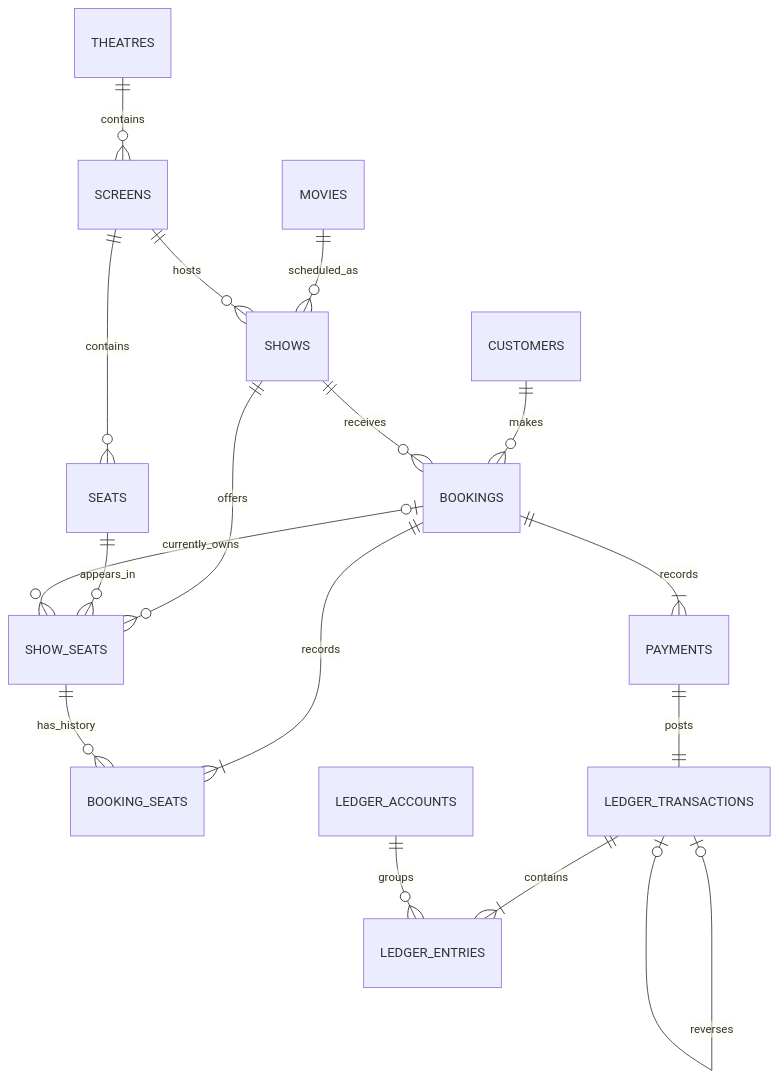
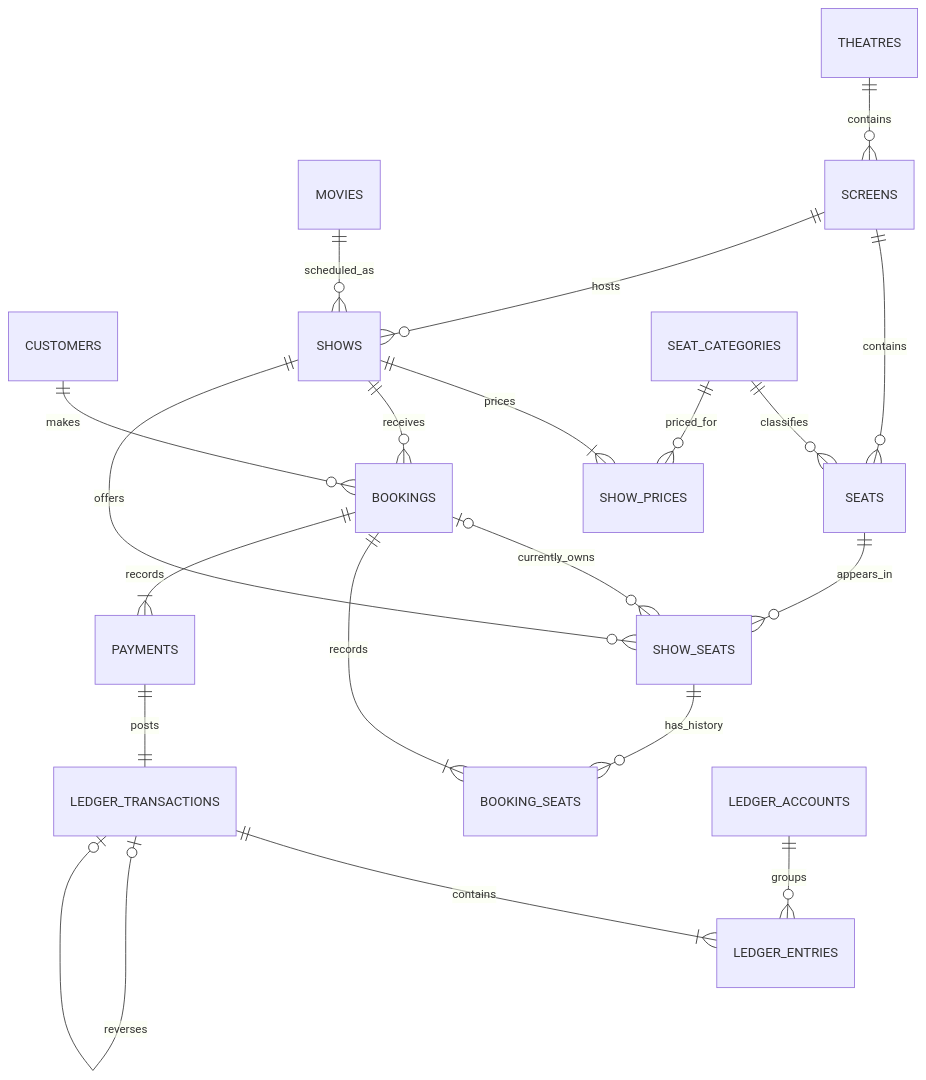
One commit to barkingbeast/screenhouse-dbms changed the diagram in docs/ERD.md. Above: the diagram before and after it, drawn with Mermaid. The commit also changed other lines of this file and 18 other files, not shown here.

Commit message:
Add movie screen and show administration with seat category pricing

````diff
--- a/docs/ERD.md
+++ b/docs/ERD.md
@@ -3,19 +3,22 @@
 ```mermaid
 erDiagram
   CUSTOMERS ||--o{ BOOKINGS : makes
   MOVIES ||--o{ SHOWS : scheduled_as
   THEATRES ||--o{ SCREENS : contains
   SCREENS ||--o{ SEATS : contains
+  SEAT_CATEGORIES ||--o{ SEATS : classifies
+  SHOWS ||--|{ SHOW_PRICES : prices
+  SEAT_CATEGORIES ||--o{ SHOW_PRICES : priced_for
   SCREENS ||--o{ SHOWS : hosts
   SHOWS ||--o{ BOOKINGS : receives
   SHOWS ||--o{ SHOW_SEATS : offers
   SEATS ||--o{ SHOW_SEATS : appears_in
   BOOKINGS o|--o{ SHOW_SEATS : currently_owns
   BOOKINGS ||--|{ BOOKING_SEATS : records
   SHOW_SEATS ||--o{ BOOKING_SEATS : has_history
   BOOKINGS ||--|{ PAYMENTS : records
   PAYMENTS ||--|| LEDGER_TRANSACTIONS : posts
   LEDGER_TRANSACTIONS ||--|{ LEDGER_ENTRIES : contains
   LEDGER_ACCOUNTS ||--o{ LEDGER_ENTRIES : groups
   LEDGER_TRANSACTIONS o|--o| LEDGER_TRANSACTIONS : reverses
 ```
````
